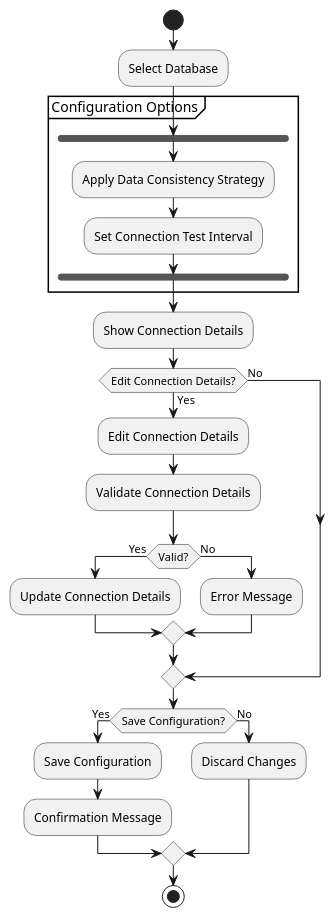
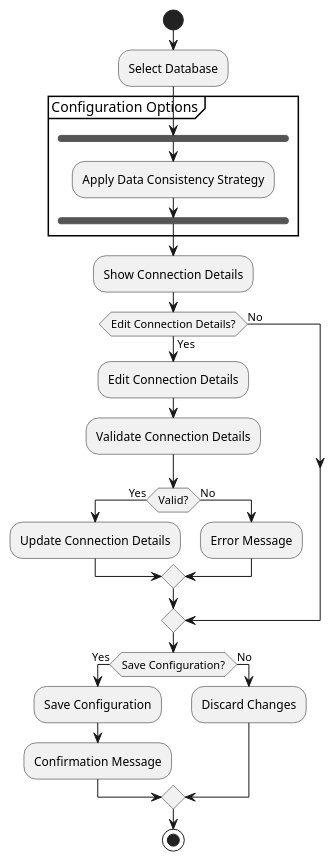
Before and after one commit to adam-omah/Final-Year-Project-Documents: the diagram in PlantUML/ActivityDiagrams/ConfigureDatabase.puml, drawn with PlantUML. The commit also changed 40 other files, not shown here.

```diff
--- a/PlantUML/ActivityDiagrams/ConfigureDatabase.puml
+++ b/PlantUML/ActivityDiagrams/ConfigureDatabase.puml
@@ -1,36 +1,35 @@
 @startuml
 start
 
 :Select Database;
 
 partition "Configuration Options" {
   fork
     :Apply Data Consistency Strategy;
-    :Set Connection Test Interval;
   end fork
 }
 
 :Show Connection Details;
 
 if (Edit Connection Details?) then (Yes)
   :Edit Connection Details;
   :Validate Connection Details;
   if (Valid?) then (Yes)
     :Update Connection Details;
   else (No)
     :Error Message;
   endif
 else (No)
 endif
 
 
 
 if (Save Configuration?) then (Yes)
   :Save Configuration;
   :Confirmation Message;
 else (No)
   :Discard Changes;
 endif
 
 stop
 @enduml
```
